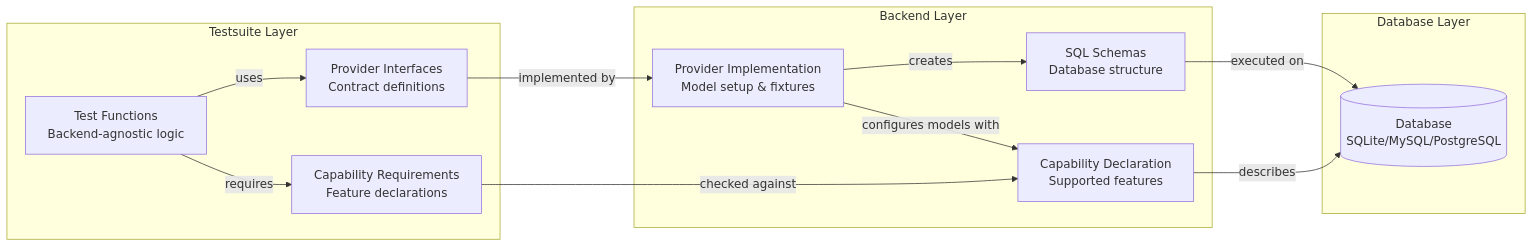
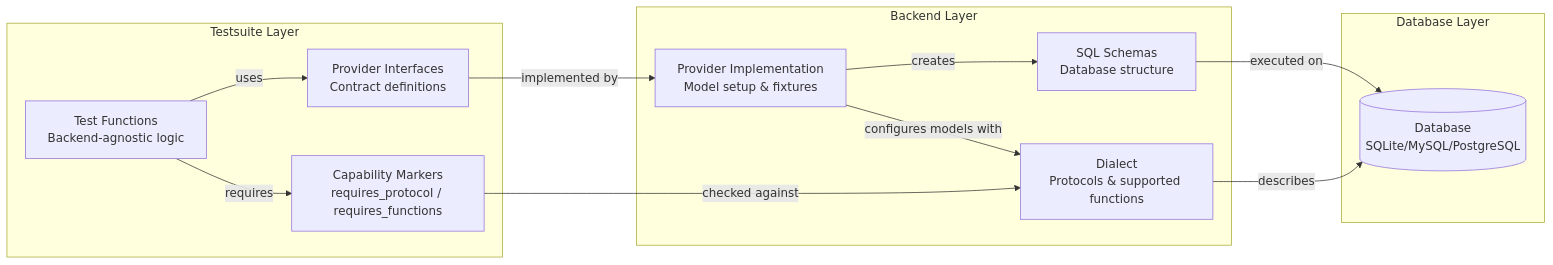
One commit to rhosocial/python-activerecord-testsuite changed the second of 2 diagrams in docs/en_US/README.md. Above: the diagram before and after it, drawn with Mermaid. The commit also changed other lines of this file and 5 other files, not shown here.

````diff
--- a/docs/en_US/README.md
+++ b/docs/en_US/README.md
@@ -75,27 +75,27 @@
 ```mermaid
 graph LR
     subgraph "Testsuite Layer"
         TEST[Test Functions<br/>Backend-agnostic logic]
         IFACE[Provider Interfaces<br/>Contract definitions]
-        CAPS[Capability Requirements<br/>Feature declarations]
+        CAPS[Capability Markers<br/>requires_protocol / requires_functions]
     end
     
     subgraph "Backend Layer"
         PROV[Provider Implementation<br/>Model setup & fixtures]
         SCHEMA[SQL Schemas<br/>Database structure]
-        CAPSDECL[Capability Declaration<br/>Supported features]
+        DIALECT[Dialect<br/>Protocols & supported functions]
     end
     
     subgraph "Database Layer"
         DB[(Database<br/>SQLite/MySQL/PostgreSQL)]
     end
     
     TEST -->|uses| IFACE
     TEST -->|requires| CAPS
     IFACE -->|implemented by| PROV
-    CAPS -->|checked against| CAPSDECL
+    CAPS -->|checked against| DIALECT
     PROV -->|creates| SCHEMA
-    PROV -->|configures models with| CAPSDECL
+    PROV -->|configures models with| DIALECT
     SCHEMA -->|executed on| DB
-    CAPSDECL -->|describes| DB
+    DIALECT -->|describes| DB
 ```
````
